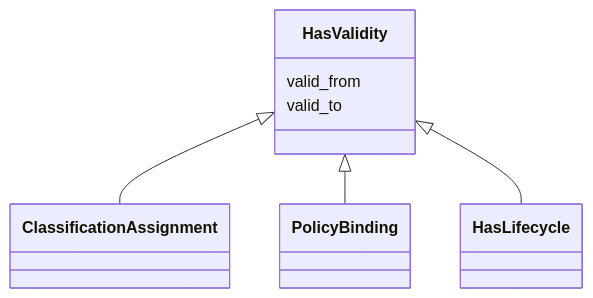
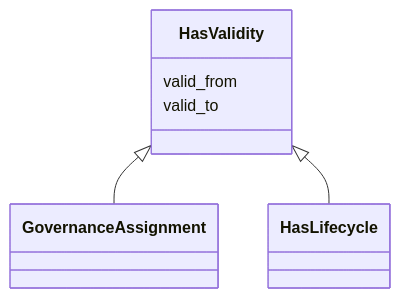
One commit to oista/moex-data-model changed the diagram in generated/artifacts/moex-dams/0.1/diagrams/HasValidity.md. Above: the diagram before and after it, drawn with Mermaid. The commit also changed 26 other files, not shown here.

First line of the commit message:
chore(generated): regenerate DAMS artifacts for schema 5.0.0 (ADR-049)

````diff
--- a/generated/artifacts/moex-dams/0.1/diagrams/HasValidity.md
+++ b/generated/artifacts/moex-dams/0.1/diagrams/HasValidity.md
@@ -4,17 +4,15 @@
 ```mermaid
  classDiagram
     class HasValidity
     click HasValidity href "../HasValidity"
-      HasValidity <|-- ClassificationAssignment
-        click ClassificationAssignment href "../ClassificationAssignment"
-      HasValidity <|-- PolicyBinding
-        click PolicyBinding href "../PolicyBinding"
+      HasValidity <|-- GovernanceAssignment
+        click GovernanceAssignment href "../GovernanceAssignment"
       HasValidity <|-- HasLifecycle
         click HasLifecycle href "../HasLifecycle"
       
       HasValidity : valid_from
         
       HasValidity : valid_to
         
       
 ```
````
